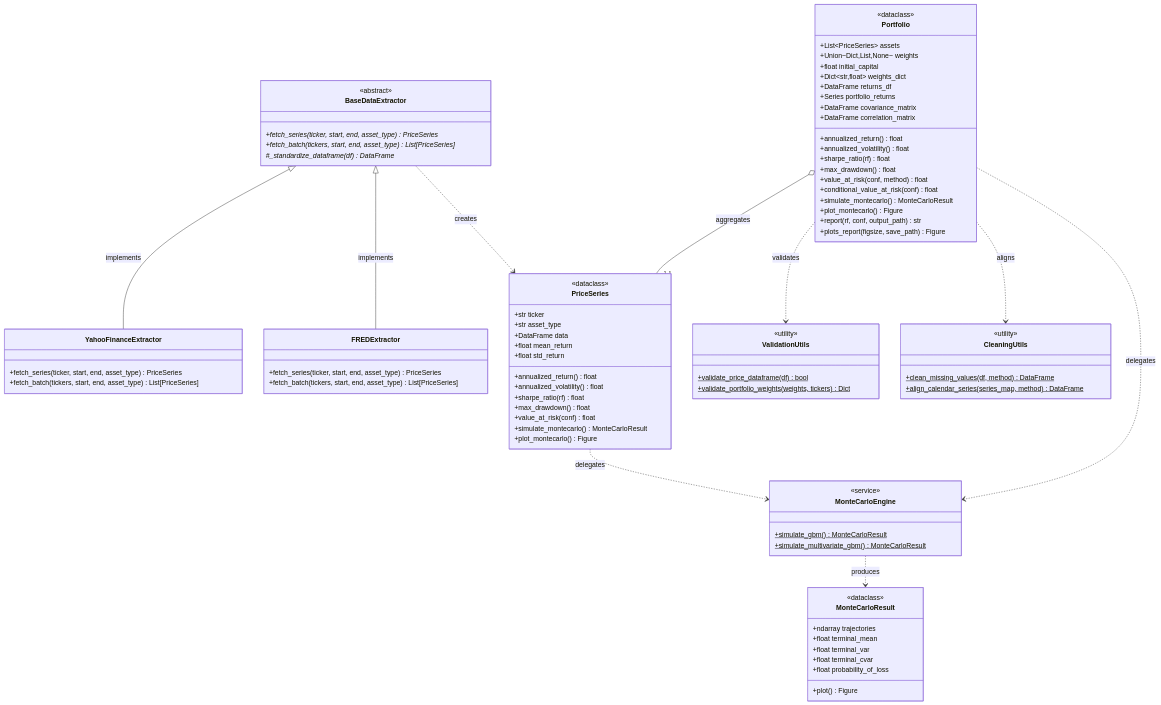
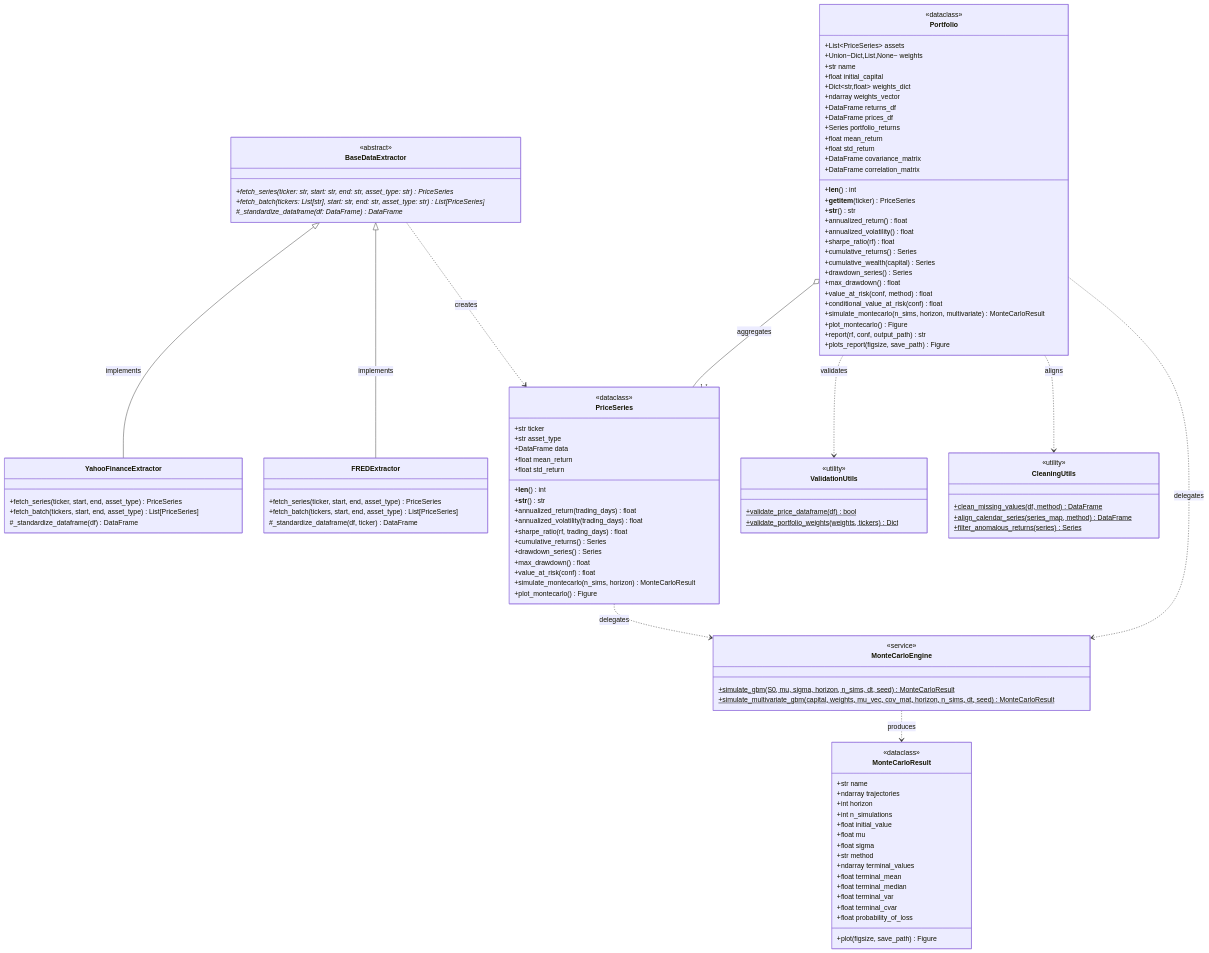
Before and after one commit to z4ntr0n1c/talleres_bme_miax_2026: the third of 4 diagrams in T1/README.md, drawn with Mermaid. The commit also changed other lines of this file, not shown here.

```diff
--- a/T1/README.md
+++ b/T1/README.md
@@ -394,19 +469,21 @@
 
     class BaseDataExtractor {
         <<abstract>>
-        +fetch_series(ticker, start, end, asset_type) PriceSeries*
-        +fetch_batch(tickers, start, end, asset_type) List[PriceSeries]*
-        #_standardize_dataframe(df) DataFrame*
+        +fetch_series(ticker: str, start: str, end: str, asset_type: str) PriceSeries*
+        +fetch_batch(tickers: List[str], start: str, end: str, asset_type: str) List[PriceSeries]*
+        #_standardize_dataframe(df: DataFrame) DataFrame*
     }
 
     class YahooFinanceExtractor {
         +fetch_series(ticker, start, end, asset_type) PriceSeries
         +fetch_batch(tickers, start, end, asset_type) List[PriceSeries]
+        #_standardize_dataframe(df) DataFrame
     }
 
     class FREDExtractor {
         +fetch_series(ticker, start, end, asset_type) PriceSeries
         +fetch_batch(tickers, start, end, asset_type) List[PriceSeries]
+        #_standardize_dataframe(df, ticker) DataFrame
     }
 
     class PriceSeries {
@@ -416,12 +493,16 @@
         +DataFrame data
         +float mean_return
         +float std_return
-        +annualized_return() float
-        +annualized_volatility() float
-        +sharpe_ratio(rf) float
+        +__len__() int
+        +__str__() str
+        +annualized_return(trading_days) float
+        +annualized_volatility(trading_days) float
+        +sharpe_ratio(rf, trading_days) float
+        +cumulative_returns() Series
+        +drawdown_series() Series
         +max_drawdown() float
         +value_at_risk(conf) float
-        +simulate_montecarlo() MonteCarloResult
+        +simulate_montecarlo(n_sims, horizon) MonteCarloResult
         +plot_montecarlo() Figure
     }
 
@@ -429,19 +510,30 @@
         <<dataclass>>
         +List~PriceSeries~ assets
         +Union~Dict,List,None~ weights
+        +str name
         +float initial_capital
         +Dict~str,float~ weights_dict
+        +ndarray weights_vector
         +DataFrame returns_df
+        +DataFrame prices_df
         +Series portfolio_returns
+        +float mean_return
+        +float std_return
         +DataFrame covariance_matrix
         +DataFrame correlation_matrix
+        +__len__() int
+        +__getitem__(ticker) PriceSeries
+        +__str__() str
         +annualized_return() float
         +annualized_volatility() float
         +sharpe_ratio(rf) float
+        +cumulative_returns() Series
+        +cumulative_wealth(capital) Series
+        +drawdown_series() Series
         +max_drawdown() float
         +value_at_risk(conf, method) float
         +conditional_value_at_risk(conf) float
-        +simulate_montecarlo() MonteCarloResult
+        +simulate_montecarlo(n_sims, horizon, multivariate) MonteCarloResult
         +plot_montecarlo() Figure
         +report(rf, conf, output_path) str
         +plots_report(figsize, save_path) Figure
@@ -449,30 +541,40 @@
 
     class MonteCarloEngine {
         <<service>>
-        +simulate_gbm() MonteCarloResult$
-        +simulate_multivariate_gbm() MonteCarloResult$
+        +simulate_gbm(S0, mu, sigma, horizon, n_sims, dt, seed)$ MonteCarloResult
+        +simulate_multivariate_gbm(capital, weights, mu_vec, cov_mat, horizon, n_sims, dt, seed)$ MonteCarloResult
     }
 
     class MonteCarloResult {
         <<dataclass>>
+        +str name
         +ndarray trajectories
+        +int horizon
+        +int n_simulations
+        +float initial_value
+        +float mu
+        +float sigma
+        +str method
+        +ndarray terminal_values
         +float terminal_mean
+        +float terminal_median
         +float terminal_var
         +float terminal_cvar
         +float probability_of_loss
-        +plot() Figure
+        +plot(figsize, save_path) Figure
     }
 
     class ValidationUtils {
         <<utility>>
-        +validate_price_dataframe(df) bool$
-        +validate_portfolio_weights(weights, tickers) Dict$
+        +validate_price_dataframe(df)$ bool
+        +validate_portfolio_weights(weights, tickers)$ Dict
     }
 
     class CleaningUtils {
         <<utility>>
-        +clean_missing_values(df, method) DataFrame$
-        +align_calendar_series(series_map, method) DataFrame$
+        +clean_missing_values(df, method)$ DataFrame
+        +align_calendar_series(series_map, method)$ DataFrame
+        +filter_anomalous_returns(series)$ Series
     }
 
     BaseDataExtractor <|-- YahooFinanceExtractor : implements
```
